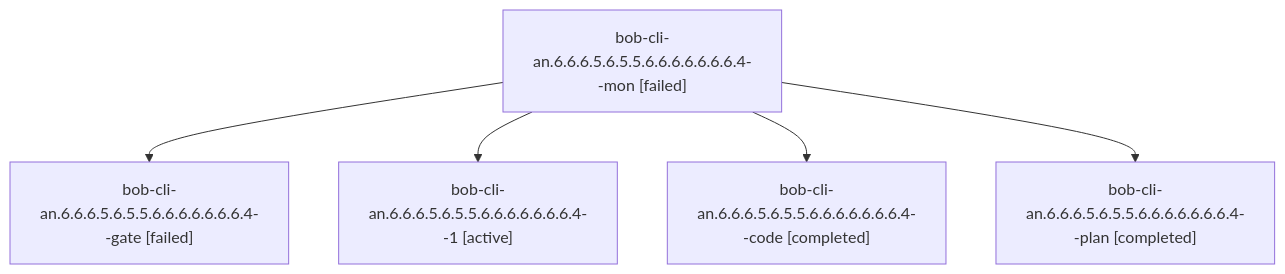
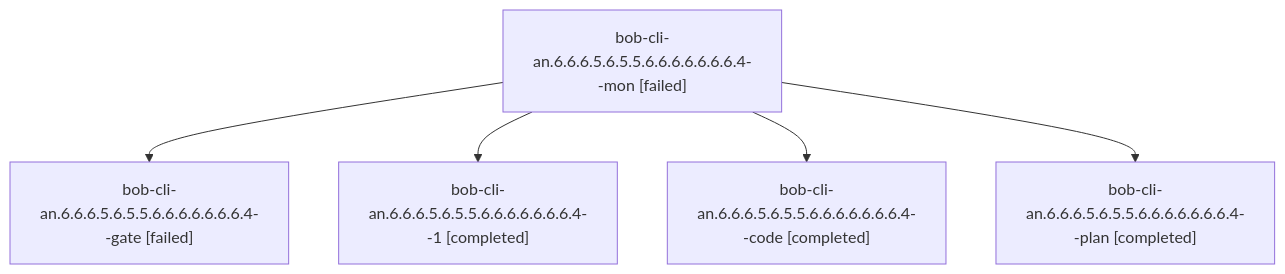
The diagram in sessions/bbugyi200.athena.bob-cli-an.6.6.6.5.6.5.5.6.6.6.6.6.6.6.4.md (bobs-org/bob-cli--agents), drawn with Mermaid before and after one commit. The commit also changed other lines of this file and 243 other files, not shown here.

````diff
--- a/sessions/bbugyi200.athena.bob-cli-an.6.6.6.5.6.5.5.6.6.6.6.6.6.6.4.md
+++ b/sessions/bbugyi200.athena.bob-cli-an.6.6.6.5.6.5.5.6.6.6.6.6.6.6.4.md
@@ -9,12 +9,12 @@
 ```mermaid
 flowchart TD
   n0["bob-cli-an.6.6.6.5.6.5.5.6.6.6.6.6.6.6.4--mon [failed]"]
   n1["bob-cli-an.6.6.6.5.6.5.5.6.6.6.6.6.6.6.4--gate [failed]"]
   n0 --> n1
-  n2["bob-cli-an.6.6.6.5.6.5.5.6.6.6.6.6.6.6.4--1 [active]"]
+  n2["bob-cli-an.6.6.6.5.6.5.5.6.6.6.6.6.6.6.4--1 [completed]"]
   n0 --> n2
   n3["bob-cli-an.6.6.6.5.6.5.5.6.6.6.6.6.6.6.4--code [completed]"]
   n0 --> n3
   n4["bob-cli-an.6.6.6.5.6.5.5.6.6.6.6.6.6.6.4--plan [completed]"]
   n0 --> n4
 ```
````
